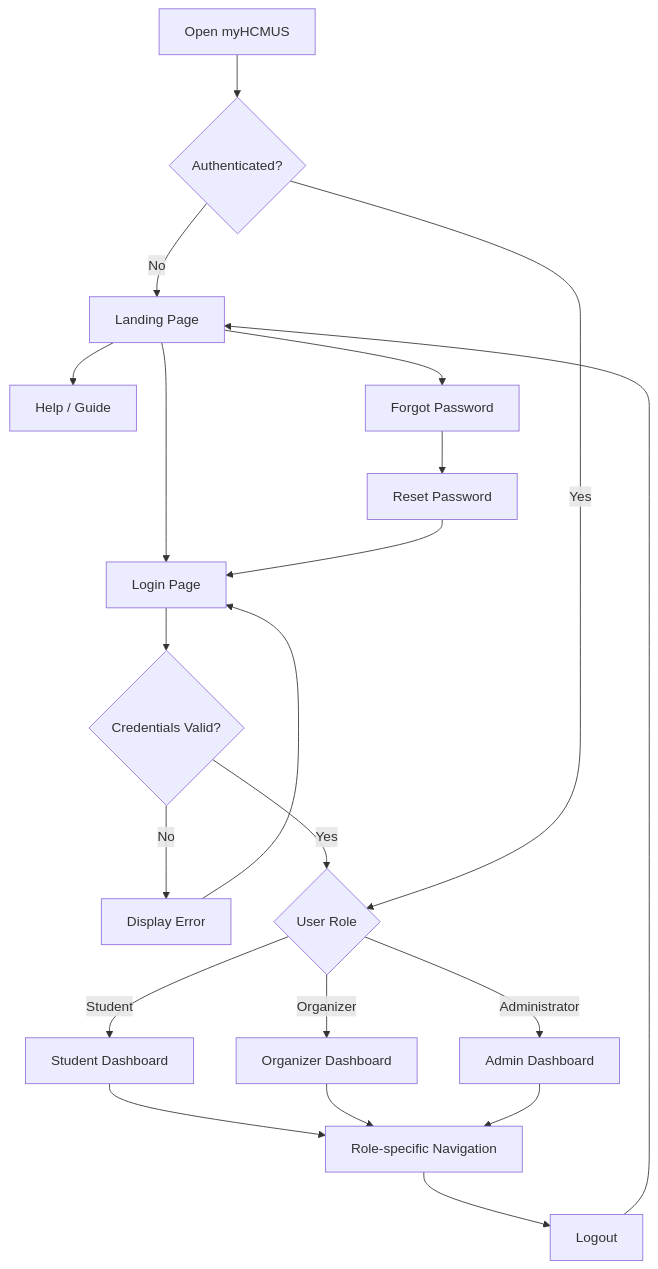
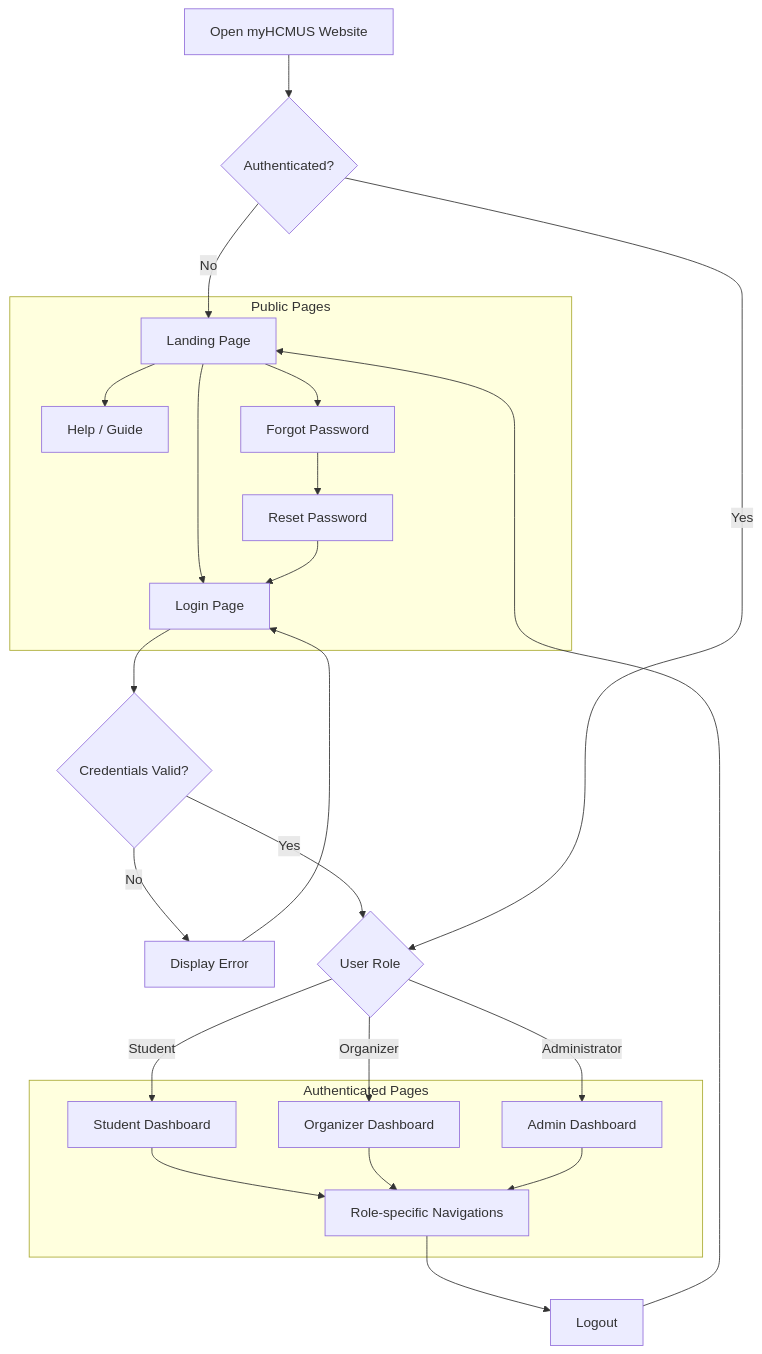
Before and after one commit to APCSk24-CS300/cs300-project: the diagram in analysis-and-design/client/user-flow.md, drawn with Mermaid. The commit also changed other lines of this file, not shown here.

Commit message:
refine the global navigation flow chart

````diff
--- a/analysis-and-design/client/user-flow.md
+++ b/analysis-and-design/client/user-flow.md
@@ -10,28 +54,46 @@
 ```mermaid
 flowchart TD
-    A[Open myHCMUS] --> B{Authenticated?}
+    openWebsite[Open myHCMUS Website] --> authenticated{Authenticated?}
 
-    B -->|No| C[Landing Page]
-    C --> D[Login Page]
-    C --> E[Help / Guide]
-    C --> F[Forgot Password]
-    F --> G[Reset Password]
-    G --> D
+    subgraph publicPages["Public Pages"]
+        landingPage[Landing Page]
+        loginPage[Login Page]
+        helpGuide[Help / Guide]
+        forgotPassword[Forgot Password]
+        resetPassword[Reset Password]
+    end
 
-    D --> H{Credentials Valid?}
-    H -->|No| I[Display Error]
-    I --> D
-    H -->|Yes| J{User Role}
+    subgraph authenticatedPages["Authenticated Pages"]
+        studentDashboard[Student Dashboard]
+        organizerDashboard[Organizer Dashboard]
+        adminDashboard[Admin Dashboard]
+        roleNavigation[Role-specific Navigations]
+    end
 
-    B -->|Yes| J
-    J -->|Student| K[Student Dashboard]
-    J -->|Organizer| L[Organizer Dashboard]
-    J -->|Administrator| M[Admin Dashboard]
+    authenticated -->|No| landingPage
 
-    K --> N[Role-specific Navigation]
-    L --> N
-    M --> N
+    landingPage --> loginPage
+    landingPage --> helpGuide
+    landingPage --> forgotPassword
 
-    N --> O[Logout]
-    O --> C
+    forgotPassword --> resetPassword
+    resetPassword --> loginPage
+
+    loginPage --> credentialsValid{Credentials Valid?}
+    credentialsValid -->|No| displayError[Display Error]
+    displayError --> loginPage
+    credentialsValid -->|Yes| userRole{User Role}
+
+    authenticated -->|Yes| userRole
+
+    userRole -->|Student| studentDashboard
+    userRole -->|Organizer| organizerDashboard
+    userRole -->|Administrator| adminDashboard
+
+    studentDashboard --> roleNavigation
+    organizerDashboard --> roleNavigation
+    adminDashboard --> roleNavigation
+
+    roleNavigation --> logout[Logout]
+    logout --> landingPage
 ```
````
